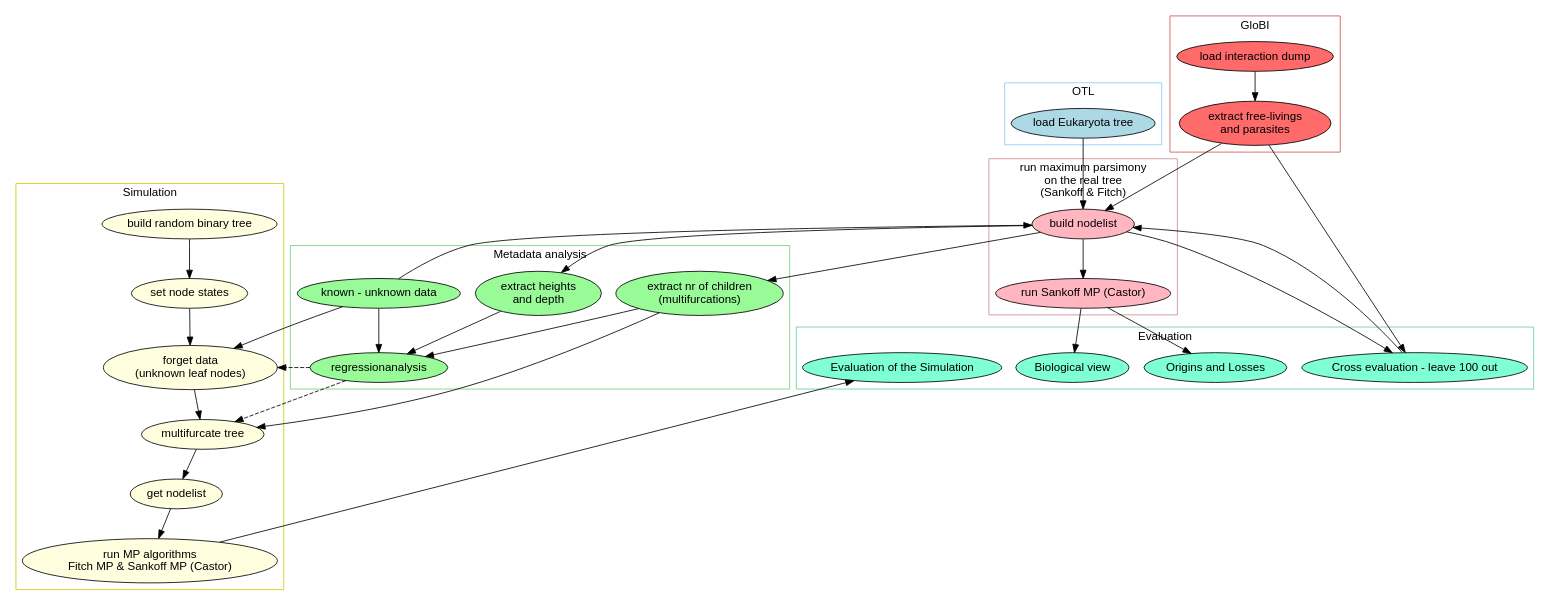
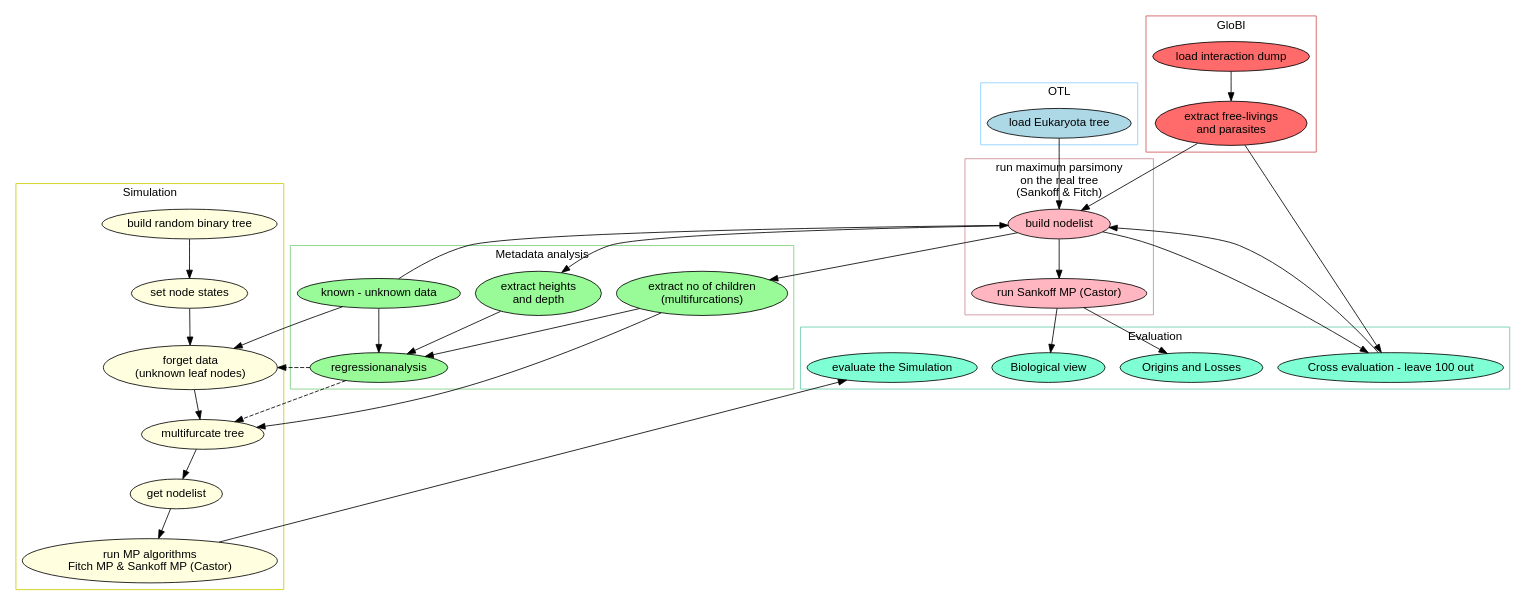
One commit to Irallia/IZW-HU-Parasites changed the diagram in Paper - Latex/Figures/Workflow.gv. Above: the diagram before and after it, drawn with Graphviz. The commit also changed 13 other files, not shown here.

```diff
--- a/Paper - Latex/Figures/Workflow.gv
+++ b/Paper - Latex/Figures/Workflow.gv
@@ -1,93 +1,93 @@
 digraph G {
 	graph[fontname="arial"]
 	node [style=filled, fontname="arial"];
 
 	subgraph cluster_0 {
 		label = "GloBI";
 		node [fillcolor=indianred1];
 		color=indianred3;
 		a0 -> a1;
 	}
 
 	a0 [label = "load interaction dump"]
 	a1 [label = "extract free-livings \n and parasites"]
 
 	subgraph cluster_1 {
 		label = "OTL";
 		node [fillcolor=lightblue];
 		color=lightskyblue
 		b0;
 	}
 
 	b0 [label = "load Eukaryota tree"]
 
 	subgraph cluster_2 {
 		label = "Metadata analysis";
 		node [fillcolor=palegreen];
 		color=palegreen3
 		c0;
 		c1 -> c3;
 		c0 -> c3;
 		c2 -> c3;
 	}
 
 	c0 [label = "known - unknown data"]
 	c1 [label = "extract heights \n and depth"]
-	c2 [label = "extract nr of children \n (multifurcations)"]
+	c2 [label = "extract no of children \n (multifurcations)"]
 	c3 [label = "regressionanalysis"]
 
 	subgraph cluster_3 {
 		label = "Simulation";
 		node [fillcolor=lightyellow];
 		color=yellow3
 		d0 -> d1 -> d2 -> d3 -> d4 -> d5;
 	}
 
 	d0 [label = "build random binary tree"]
 	d1 [label = "set node states"]
 	d2 [label = "forget data \n (unknown leaf nodes)"]
 	d3 [label = "multifurcate tree"]
 	d4 [label = "get nodelist"]
 	d5 [label = "run MP algorithms \n Fitch MP & Sankoff MP (Castor) "]
 
 	subgraph cluster_4 {
 		label = "run maximum parsimony \n on the real tree \n (Sankoff & Fitch)";
 		node [fillcolor=lightpink];
 		color=lightpink3
 		e0 -> e1;
 	}
 	
 	e0 [label = "build nodelist"]
 	e1 [label = "run Sankoff MP (Castor)"]
 	
 	subgraph cluster_5 {
 		label = "Evaluation";
 		node [fillcolor=aquamarine];
 		color=aquamarine3
 		f0;
 		f1;
 		f2;
 		f3;
 	}
 
 	f0 [label = "Biological view"]
 	f1 [label = "Origins and Losses"]
 	f2 [label = "Cross evaluation - leave 100 out"]
-	f3 [label = "Evaluation of the Simulation"]
+	f3 [label = "evaluate the Simulation"]
 
 	a1 -> e0;
 	a1 -> f2;
 	b0 -> e0;
 	c0 -> d2;
 	c0 -> e0;
 	c2 -> d3;
 	c3 -> d2 [style=dashed];
 	c3 -> d3 [style=dashed];
 	d5 -> f3;
 	e0 -> c1;
 	e0 -> c2;
 	e0 -> f2;
 	e1 -> f0;
 	e1 -> f1;
 	f2 -> e0;
 }
```
